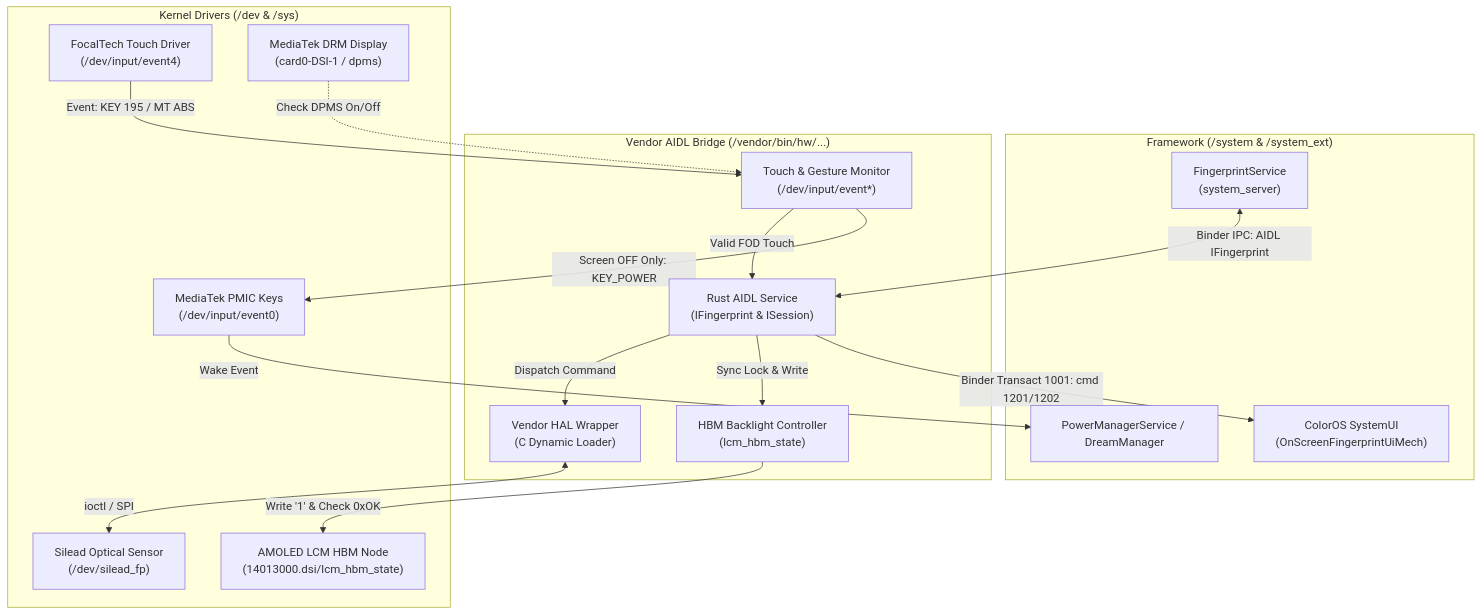
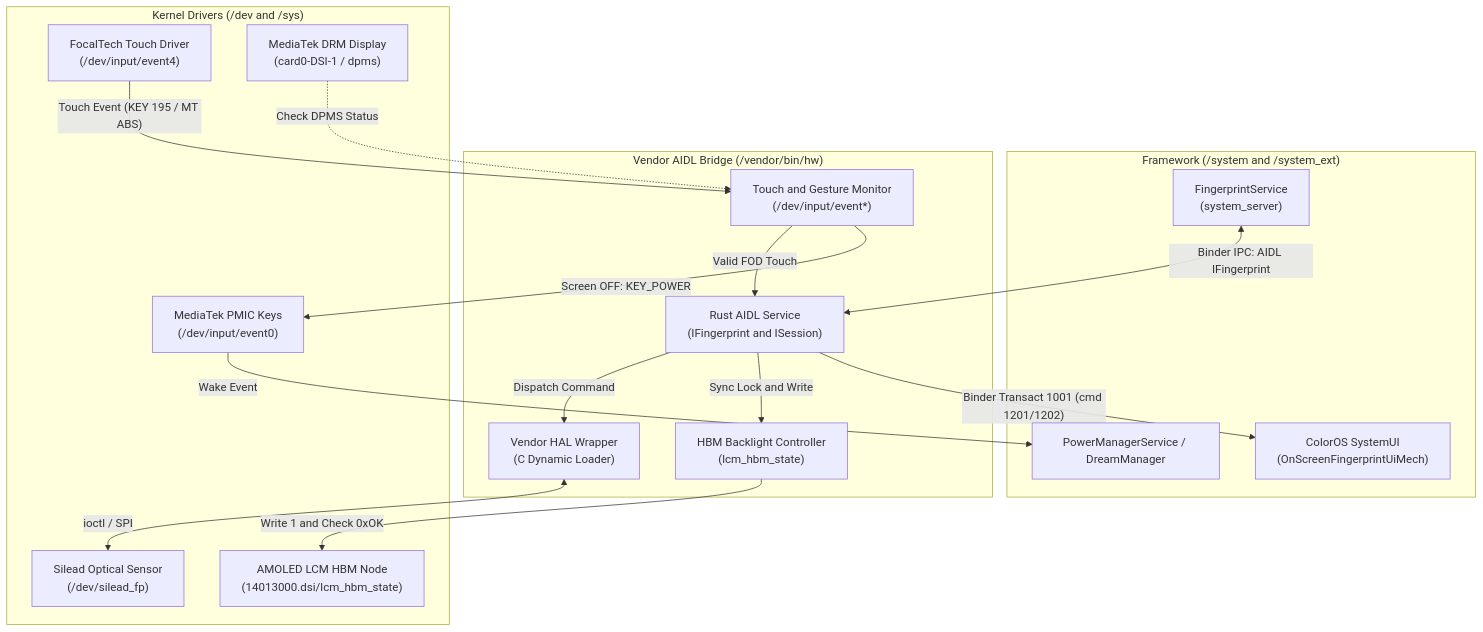
Before and after one commit to RapliVx/Oplus-UDFPS-Bridge-Transsion: the first of 4 diagrams in README.md, drawn with Mermaid. The commit also changed other lines of this file, not shown here.

First line of the commit message:
docs(readme): fix mermaid diagrams and file paths

````diff
--- a/README.md
+++ b/README.md
@@ -51,35 +51,35 @@
 ```mermaid
 flowchart TD
-    subgraph System ["Framework (/system & /system_ext)"]
-        SysUI["ColorOS SystemUI\n(OnScreenFingerprintUiMech)"]
-        FpService["FingerprintService\n(system_server)"]
+    subgraph System["Framework (/system and /system_ext)"]
+        SysUI["ColorOS SystemUI<br/>(OnScreenFingerprintUiMech)"]
+        FpService["FingerprintService<br/>(system_server)"]
         PowerMgr["PowerManagerService / DreamManager"]
     end
 
-    subgraph Bridge ["Vendor AIDL Bridge (/vendor/bin/hw/...)"]
-        AidlService["Rust AIDL Service\n(IFingerprint & ISession)"]
-        TouchMon["Touch & Gesture Monitor\n(/dev/input/event*)"]
-        HbmCtrl["HBM Backlight Controller\n(lcm_hbm_state)"]
-        HalWrap["Vendor HAL Wrapper\n(C Dynamic Loader)"]
+    subgraph Bridge["Vendor AIDL Bridge (/vendor/bin/hw)"]
+        AidlService["Rust AIDL Service<br/>(IFingerprint and ISession)"]
+        TouchMon["Touch and Gesture Monitor<br/>(/dev/input/event*)"]
+        HbmCtrl["HBM Backlight Controller<br/>(lcm_hbm_state)"]
+        HalWrap["Vendor HAL Wrapper<br/>(C Dynamic Loader)"]
     end
 
-    subgraph Kernel ["Kernel Drivers (/dev & /sys)"]
-        FtsDriver["FocalTech Touch Driver\n(/dev/input/event4)"]
-        PmicKeys["MediaTek PMIC Keys\n(/dev/input/event0)"]
-        MtkDrm["MediaTek DRM Display\n(card0-DSI-1 / dpms)"]
-        HbmNode["AMOLED LCM HBM Node\n(14013000.dsi/lcm_hbm_state)"]
-        SileadDev["Silead Optical Sensor\n(/dev/silead_fp)"]
+    subgraph Kernel["Kernel Drivers (/dev and /sys)"]
+        FtsDriver["FocalTech Touch Driver<br/>(/dev/input/event4)"]
+        PmicKeys["MediaTek PMIC Keys<br/>(/dev/input/event0)"]
+        MtkDrm["MediaTek DRM Display<br/>(card0-DSI-1 / dpms)"]
+        HbmNode["AMOLED LCM HBM Node<br/>(14013000.dsi/lcm_hbm_state)"]
+        SileadDev["Silead Optical Sensor<br/>(/dev/silead_fp)"]
     end
 
-    FpService <-->|Binder IPC: AIDL IFingerprint| AidlService
-    AidlService -->|Binder Transact 1001: cmd 1201/1202| SysUI
-    FtsDriver -->|Event: KEY 195 / MT ABS| TouchMon
-    TouchMon -->|Screen OFF Only: KEY_POWER| PmicKeys
-    PmicKeys -->|Wake Event| PowerMgr
-    TouchMon -->|Valid FOD Touch| AidlService
-    AidlService -->|Sync Lock & Write| HbmCtrl
-    HbmCtrl -->|Write '1' & Check 0xOK| HbmNode
-    AidlService -->|Dispatch Command| HalWrap
-    HalWrap <-->|ioctl / SPI| SileadDev
-    MtkDrm -.->|Check DPMS On/Off| TouchMon
+    FpService <-->|"Binder IPC: AIDL IFingerprint"| AidlService
+    AidlService -->|"Binder Transact 1001 (cmd 1201/1202)"| SysUI
+    FtsDriver -->|"Touch Event (KEY 195 / MT ABS)"| TouchMon
+    TouchMon -->|"Screen OFF: KEY_POWER"| PmicKeys
+    PmicKeys -->|"Wake Event"| PowerMgr
+    TouchMon -->|"Valid FOD Touch"| AidlService
+    AidlService -->|"Sync Lock and Write"| HbmCtrl
+    HbmCtrl -->|"Write 1 and Check 0xOK"| HbmNode
+    AidlService -->|"Dispatch Command"| HalWrap
+    HalWrap <-->|"ioctl / SPI"| SileadDev
+    MtkDrm -.->|"Check DPMS Status"| TouchMon
 ```
````
